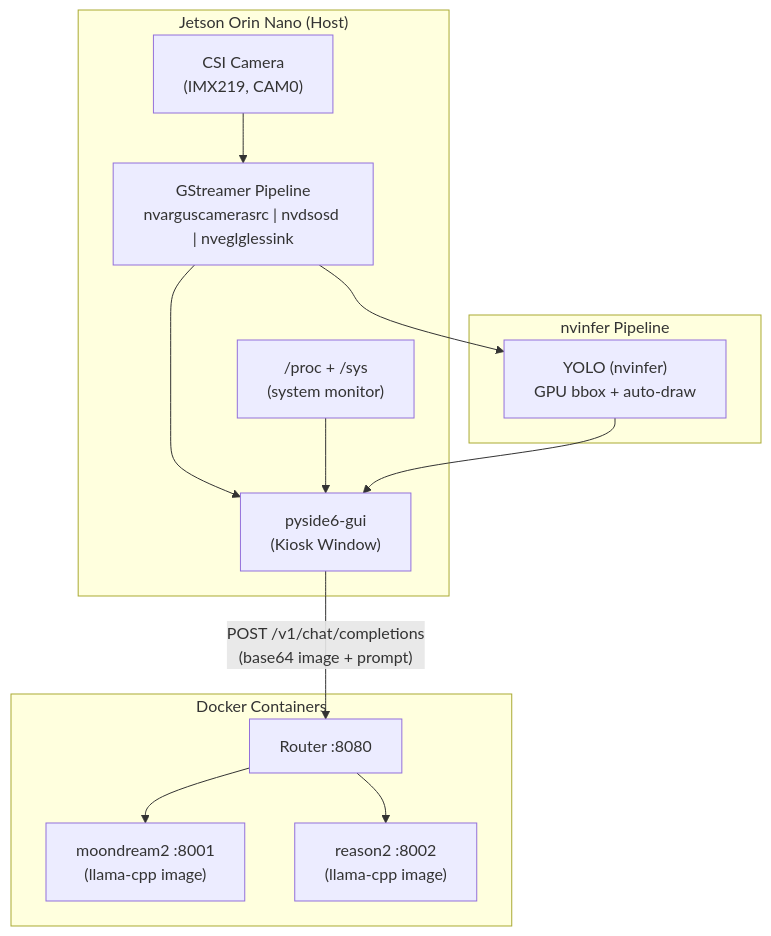
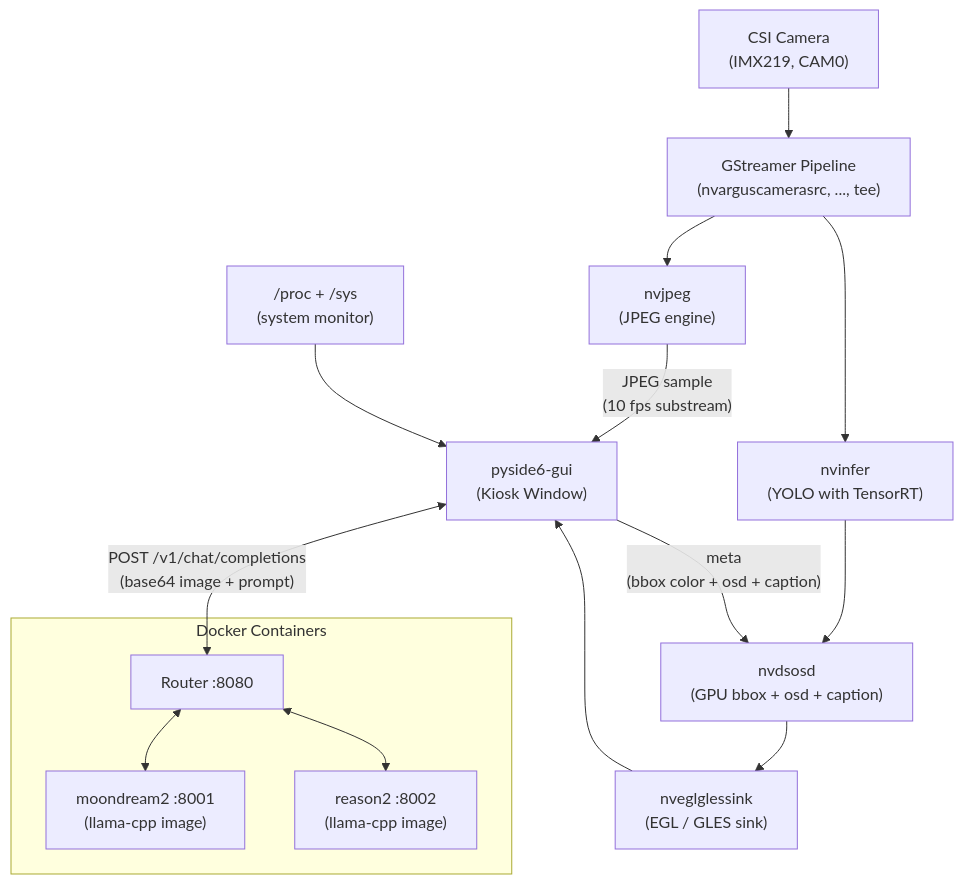
One commit to ccbruce0812/nikko-vlm-webui changed the first of 5 diagrams in pyside6-gui.md. Above: the diagram before and after it, drawn with Mermaid. The commit also changed other lines of this file, not shown here.

Commit message:
Update mermaid.

````diff
--- a/pyside6-gui.md
+++ b/pyside6-gui.md
@@ -19,27 +19,31 @@
 ```mermaid
 flowchart TB
-    subgraph Jetson["Jetson Orin Nano (Host)"]
-        CSI["CSI Camera<br/>(IMX219, CAM0)"]
-        GST["GStreamer Pipeline<br/>nvarguscamerasrc | nvdsosd | nveglglessink"]
-        GUI["pyside6-gui<br/>(Kiosk Window)"]
-        JTOP["/proc + /sys<br/>(system monitor)"]
-    end
+    CSI["CSI Camera<br/>(IMX219, CAM0)"]
+    GST["GStreamer Pipeline<br/>(nvarguscamerasrc, ..., tee)"]
+    GUI["pyside6-gui<br/>(Kiosk Window)"]
+    JTOP["/proc + /sys<br/>(system monitor)"]
 
     subgraph Docker["Docker Containers"]
         RTR["Router :8080"]
         MD["moondream2 :8001<br/>(llama-cpp image)"]
         R2["reason2 :8002<br/>(llama-cpp image)"]
     end
 
-    subgraph DS["nvinfer Pipeline"]
-        YL["YOLO (nvinfer)<br/>GPU bbox + auto-draw"]
-    end
+    NVJ["nvjpeg<br/>(JPEG engine)"]
+    YL["nvinfer<br/>(YOLO with TensorRT)"]
+    NDO["nvdsosd<br/>(GPU bbox + osd + caption)"]
+    NEGL["nveglglessink<br/>(EGL / GLES sink)"]
 
-    CSI --> GST --> GUI
+    CSI --> GST
+    GST --> NVJ
+    NVJ --> |"JPEG sample<br>(10 fps substream)"| GUI
     JTOP --> GUI
     GST --> YL
-    YL --> GUI
-    GUI -->|"POST /v1/chat/completions<br/>(base64 image + prompt)"| RTR
-    RTR --> MD
-    RTR --> R2
+    YL --> NDO
+    NDO --> NEGL
+    NEGL --> GUI
+    GUI --> |"meta<br/>(bbox color + osd + caption)"| NDO
+    GUI <-->|"POST /v1/chat/completions<br/>(base64 image + prompt)"| RTR
+    RTR <--> MD
+    RTR <--> R2
 ```
````
